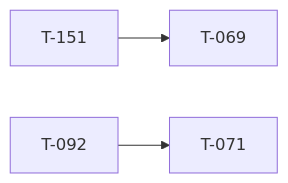
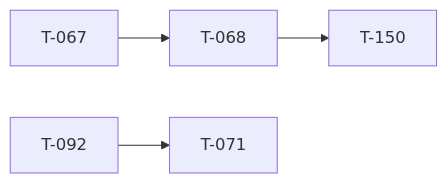
The diagram in docs/TICKET_LEAD.md (darkforce09/TBD-reforger), drawn with Mermaid before and after one commit. The commit also changed other lines of this file and 10 other files, not shown here.

````diff
--- a/docs/TICKET_LEAD.md
+++ b/docs/TICKET_LEAD.md
@@ -29,5 +31,6 @@
 ```mermaid
 flowchart LR
-  T151[T-151] --> T069[T-069]
+  T067[T-067] --> T068[T-068]
   T092[T-092] --> T071[T-071]
+  T068[T-068] --> T150[T-150]
 ```
````
